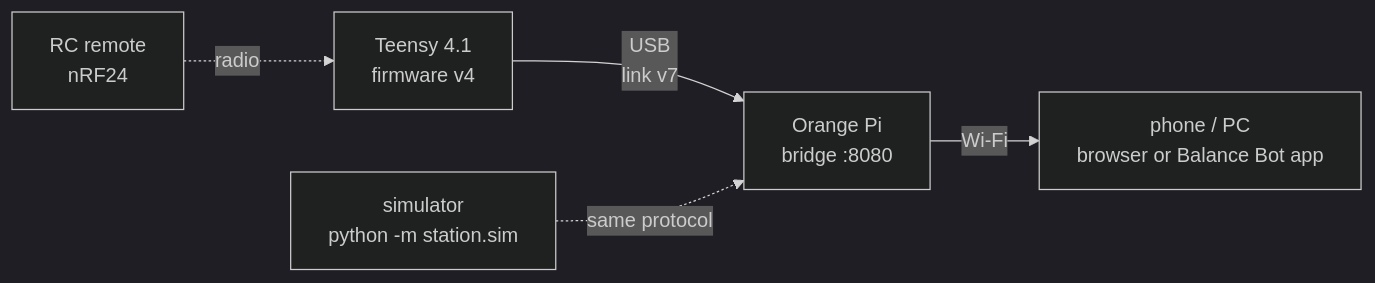
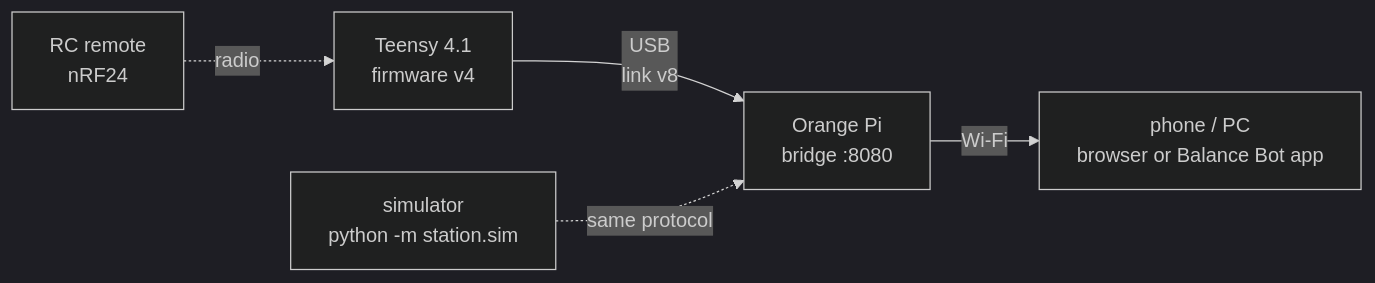
One commit to nespotts/self_balancing_robot_3 changed the diagram in README.md. Above: the diagram before and after it, drawn with Mermaid (dark theme). The commit also changed other lines of this file and 33 other files, not shown here.

````diff
--- a/README.md
+++ b/README.md
@@ -7,7 +7,7 @@
 ```mermaid
 flowchart LR
-  T["Teensy 4.1<br>firmware v4"] -- "USB<br>link v7" --> P["Orange Pi<br>bridge :8080"]
+  T["Teensy 4.1<br>firmware v4"] -- "USB<br>link v8" --> P["Orange Pi<br>bridge :8080"]
   P -- "Wi-Fi" --> W["phone / PC<br>browser or Balance Bot app"]
   R["RC remote<br>nRF24"] -. "radio" .-> T
   S["simulator<br>python -m station.sim"] -. "same protocol" .-> P
 ```
````
